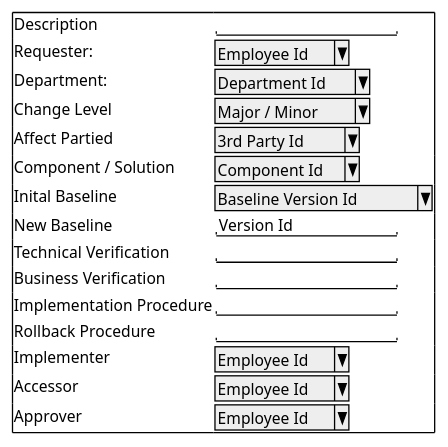
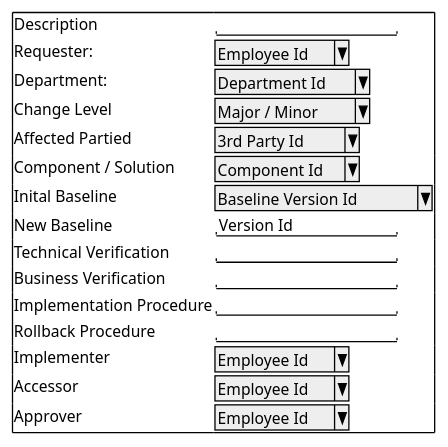
Before and after one commit to TristanMoe/CompanyH: the diagram in Diagrammer/guichange.wsd, drawn with PlantUML. The commit also changed 10 other files, not shown here.

Commit message:
added diagrams

```diff
--- a/Diagrammer/guichange.wsd
+++ b/Diagrammer/guichange.wsd
@@ -1,19 +1,19 @@
 @startsalt
 {+
 Description     | "                 "
 Requester:      | ^Employee Id^
 Department:     | ^Department Id^
 Change Level    | ^Major / Minor^
-Affect Partied  | ^3rd Party Id^
+Affected Partied  | ^3rd Party Id^
 Component / Solution | ^Component Id^
 Inital Baseline | ^Baseline Version Id^
 New Baseline | "Version Id       "
 Technical Verification | "                 "
 Business Verification | "                 "
 Implementation Procedure | "                 "
 Rollback Procedure | "                 "
 Implementer | ^Employee Id^
 Accessor | ^Employee Id^
 Approver | ^Employee Id^
 }
 @endsalt
```
